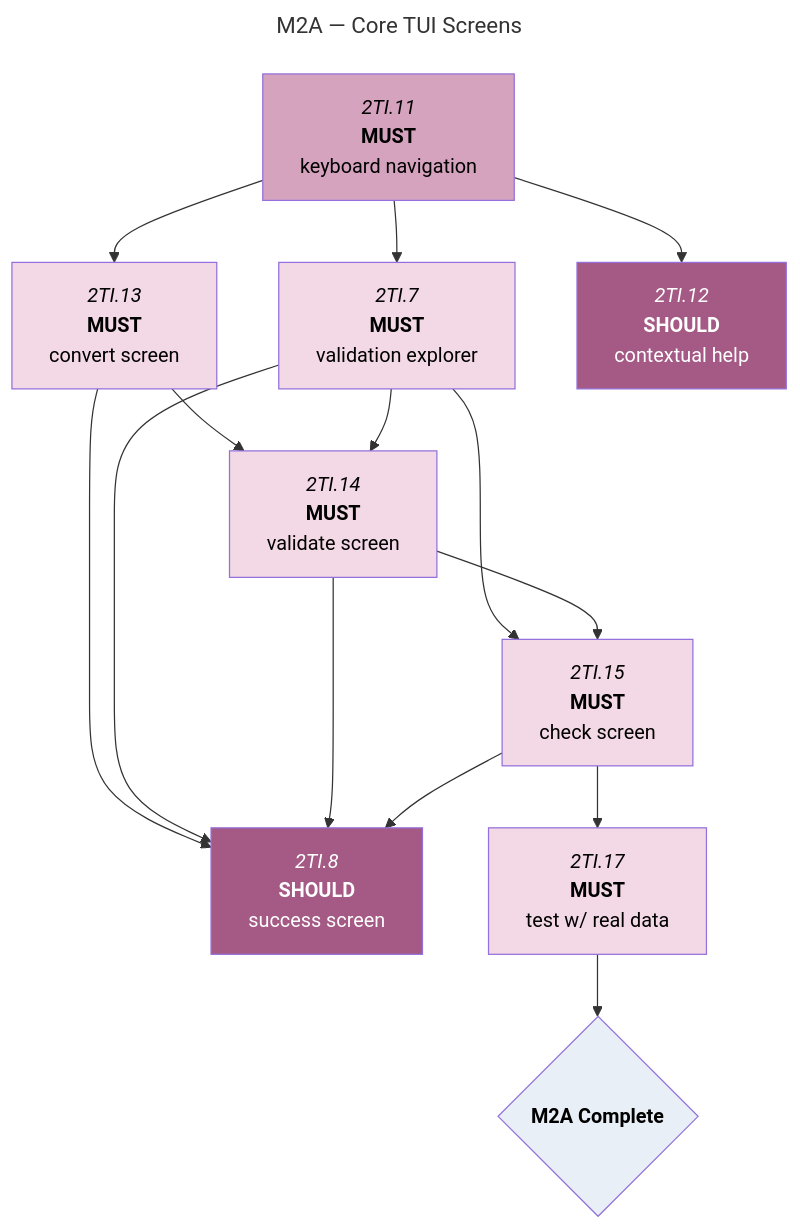
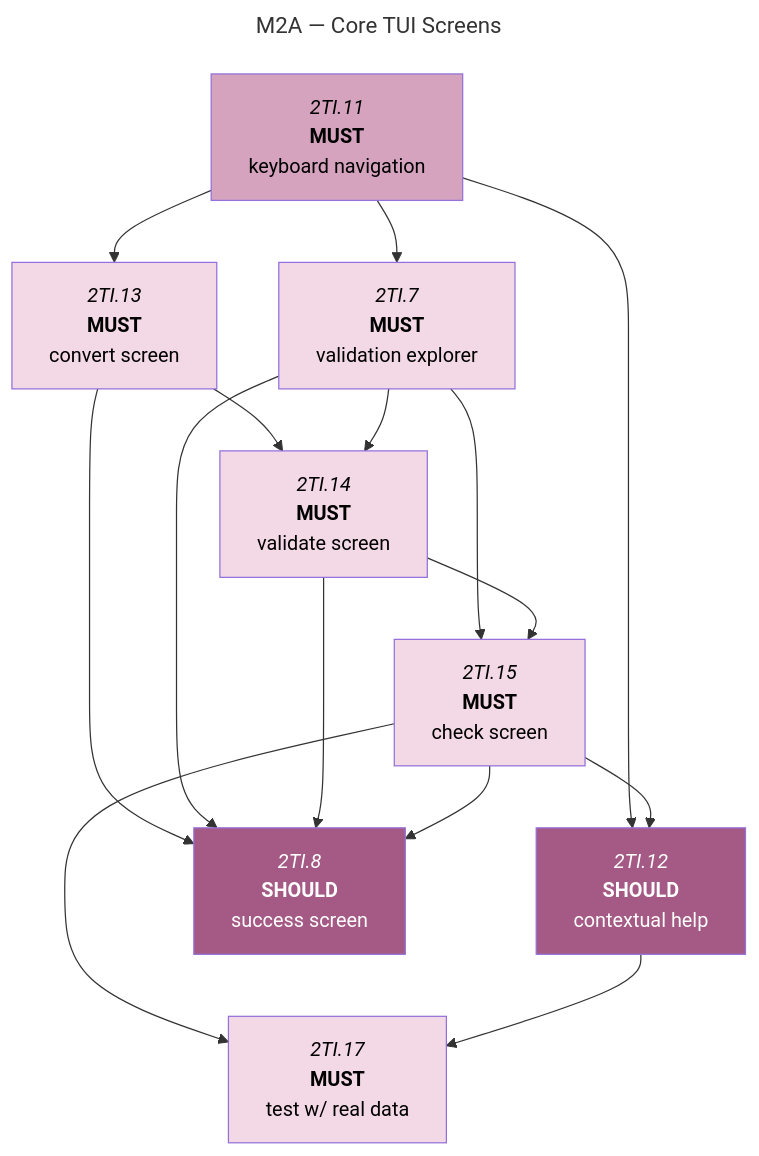
One commit to foundersandcoders/iris changed the second of 5 diagrams in docs/roadmaps/phase-1-mvp-features.md. Above: the diagram before and after it, drawn with Mermaid. The commit also changed other lines of this file, not shown here.

````diff
--- a/docs/roadmaps/phase-1-mvp-features.md
+++ b/docs/roadmaps/phase-1-mvp-features.md
@@ -137,30 +137,28 @@
 ```mermaid
 ---
 title: M2A — Core TUI Screens
 ---
 graph TD
 
 2TI.11["`*2TI.11*<br/>**MUST**<br/>keyboard navigation`"]:::must-open --> 2TI.13 & 2TI.7 & 2TI.12
 
 2TI.13["`*2TI.13*<br/>**MUST**<br/>convert screen`"]:::must-blocked --> 2TI.14 & 2TI.8
 2TI.7["`*2TI.7*<br/>**MUST**<br/>validation explorer`"]:::must-blocked --> 2TI.14 & 2TI.15 & 2TI.8
 
 2TI.14["`*2TI.14*<br/>**MUST**<br/>validate screen`"]:::must-blocked --> 2TI.15 & 2TI.8
-2TI.15["`*2TI.15*<br/>**MUST**<br/>check screen`"]:::must-blocked --> 2TI.17 & 2TI.8
+2TI.15["`*2TI.15*<br/>**MUST**<br/>check screen`"]:::must-blocked --> 2TI.12 & 2TI.17 & 2TI.8
 
-2TI.12["`*2TI.12*<br/>**SHOULD**<br/>contextual help`"]:::should-blocked
+2TI.12["`*2TI.12*<br/>**SHOULD**<br/>contextual help`"]:::should-blocked --> 2TI.17
 
 2TI.8["`*2TI.8*<br/>**SHOULD**<br/>success screen`"]:::should-blocked
 
-2TI.17["`*2TI.17*<br/>**MUST**<br/>test w/ real data`"]:::must-blocked --> m2a
-
-m2a{"`**M2A Complete**`"}:::mile
+2TI.17["`*2TI.17*<br/>**MUST**<br/>test w/ real data`"]:::must-blocked
 
 classDef must-open fill:#D6A3BF,color:#000;
 classDef must-blocked fill:#F3D8E6,color:#000;
 classDef should-open fill:#6F2A52,color:#fff;
 classDef should-blocked fill:#A45A84,color:#fff;
 classDef could-open fill:#3E7F96,color:#fff;
 classDef could-blocked fill:#5FA3BA,color:#fff;
 classDef mile fill:#E8EFF6,color:#000;
 ```
````
